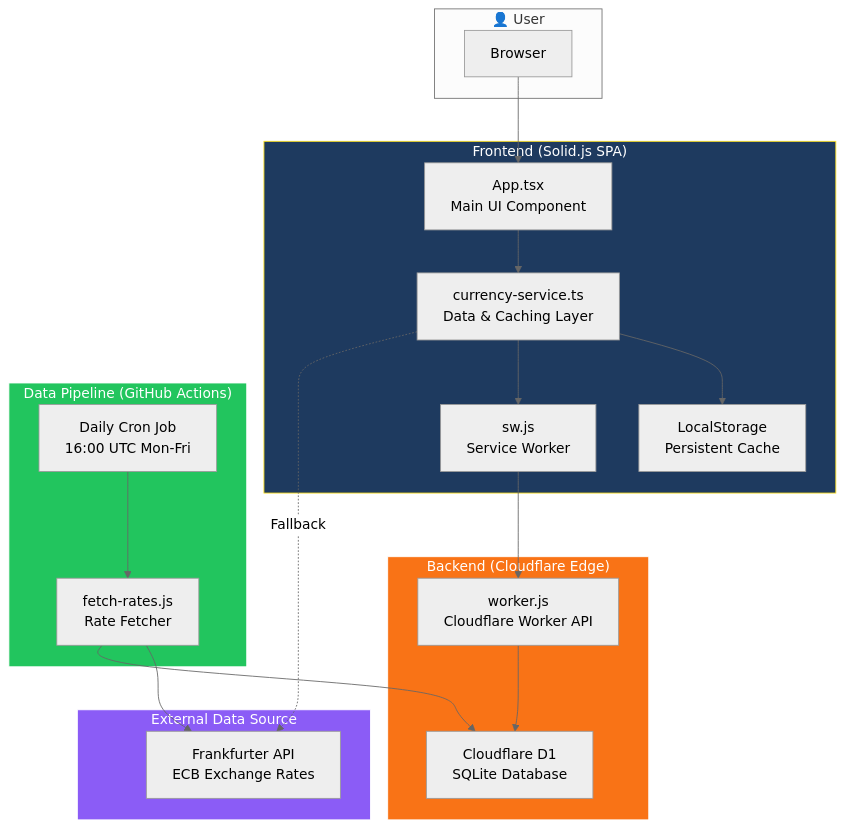
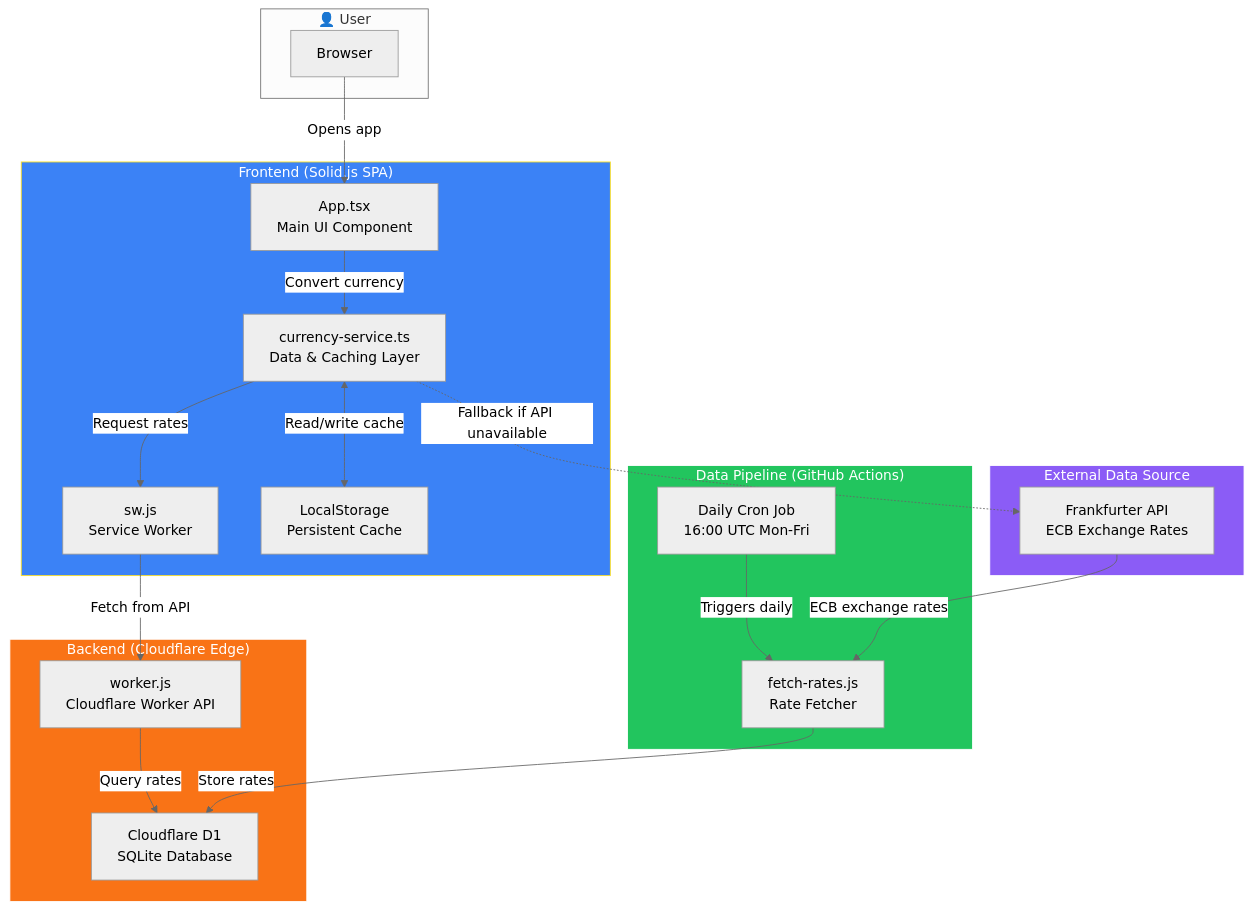
Before and after one commit to josephmarkus/currency-converter: the first of 2 diagrams in README.md, drawn with Mermaid (neutral theme).

Commit message:
Update architecture diagram

````diff
--- a/README.md
+++ b/README.md
@@ -22,53 +22,53 @@
 ```mermaid
 flowchart TB
     subgraph User["👤 User"]
         Browser["Browser"]
     end
 
     subgraph Frontend["Frontend (Solid.js SPA)"]
         App["App.tsx<br/>Main UI Component"]
         CurrencyService["currency-service.ts<br/>Data & Caching Layer"]
         ServiceWorker["sw.js<br/>Service Worker"]
         LocalStorage["LocalStorage<br/>Persistent Cache"]
     end
 
     subgraph Backend["Backend (Cloudflare Edge)"]
         Worker["worker.js<br/>Cloudflare Worker API"]
         D1["Cloudflare D1<br/>SQLite Database"]
     end
 
     subgraph DataPipeline["Data Pipeline (GitHub Actions)"]
         Cron["Daily Cron Job<br/>16:00 UTC Mon-Fri"]
         FetchScript["fetch-rates.js<br/>Rate Fetcher"]
     end
 
     subgraph ExternalAPI["External Data Source"]
         Frankfurter["Frankfurter API<br/>ECB Exchange Rates"]
     end
 
     %% User interactions
-    Browser --> App
-    App --> CurrencyService
+    Browser -->|Opens app| App
+    App -->|Convert currency| CurrencyService
 
     %% Frontend data flow
-    CurrencyService --> LocalStorage
-    CurrencyService --> ServiceWorker
-    ServiceWorker --> Worker
+    CurrencyService <-->|Read/write cache| LocalStorage
+    CurrencyService -->|Request rates| ServiceWorker
+    ServiceWorker -->|Fetch from API| Worker
 
     %% Fallback path
-    CurrencyService -.->|Fallback| Frankfurter
+    CurrencyService -.->|Fallback if API unavailable| Frankfurter
 
     %% Backend data flow
-    Worker --> D1
+    Worker -->|Query rates| D1
 
-    %% Data pipeline
-    Cron --> FetchScript
-    FetchScript --> Frankfurter
-    FetchScript --> D1
+    %% Data pipeline - daily rate ingestion
+    Cron -->|Triggers daily| FetchScript
+    Frankfurter -->|ECB exchange rates| FetchScript
+    FetchScript -->|Store rates| D1
 
     %% Styling
-    style Frontend fill:#1e3a5f,stroke:#FFE11D,color:#fff
+    style Frontend fill:#3b82f6,stroke:#FFE11D,color:#fff
     style Backend fill:#f97316,stroke:#fff,color:#fff
     style DataPipeline fill:#22c55e,stroke:#fff,color:#fff
     style ExternalAPI fill:#8b5cf6,stroke:#fff,color:#fff
 ```
````
